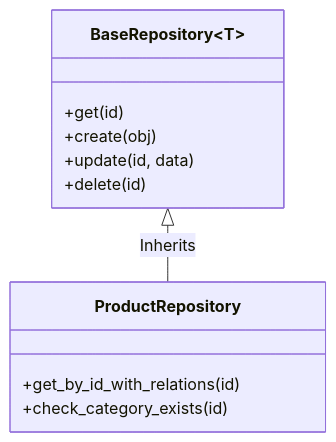
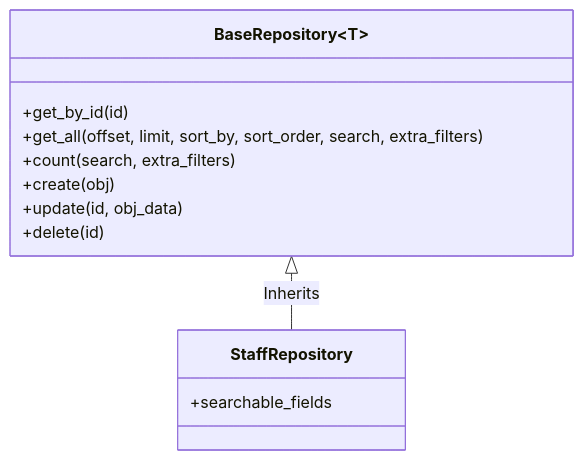
Before and after one commit to henrytaby/uyuni-backend-py: the diagram in docs/SOLID_GUIDE.md, drawn with Mermaid. The commit also changed other lines of this file and 17 other files, not shown here.

Commit message:
docs: update architecture documentation to include dynamic modular catalogs and refine repository and RBAC guidelines

````diff
--- a/docs/SOLID_GUIDE.md
+++ b/docs/SOLID_GUIDE.md
@@ -26,14 +26,15 @@
 ```mermaid
 classDiagram
     class BaseRepository~T~ {
-        +get(id)
+        +get_by_id(id)
+        +get_all(offset, limit, sort_by, sort_order, search, extra_filters)
+        +count(search, extra_filters)
         +create(obj)
-        +update(id, data)
+        +update(id, obj_data)
         +delete(id)
     }
-    class ProductRepository {
-        +get_by_id_with_relations(id)
-        +check_category_exists(id)
+    class StaffRepository {
+        +searchable_fields
     }
-    BaseRepository <|-- ProductRepository : Inherits
+    BaseRepository <|-- StaffRepository : Inherits
 ```
````
